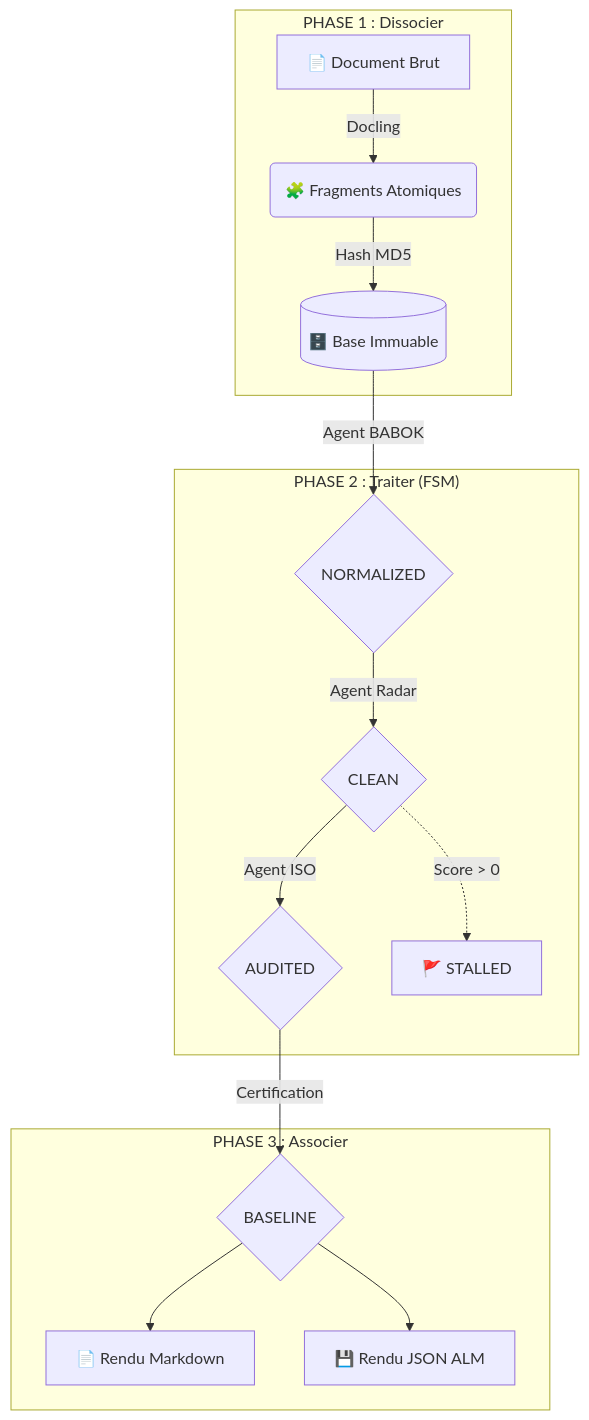
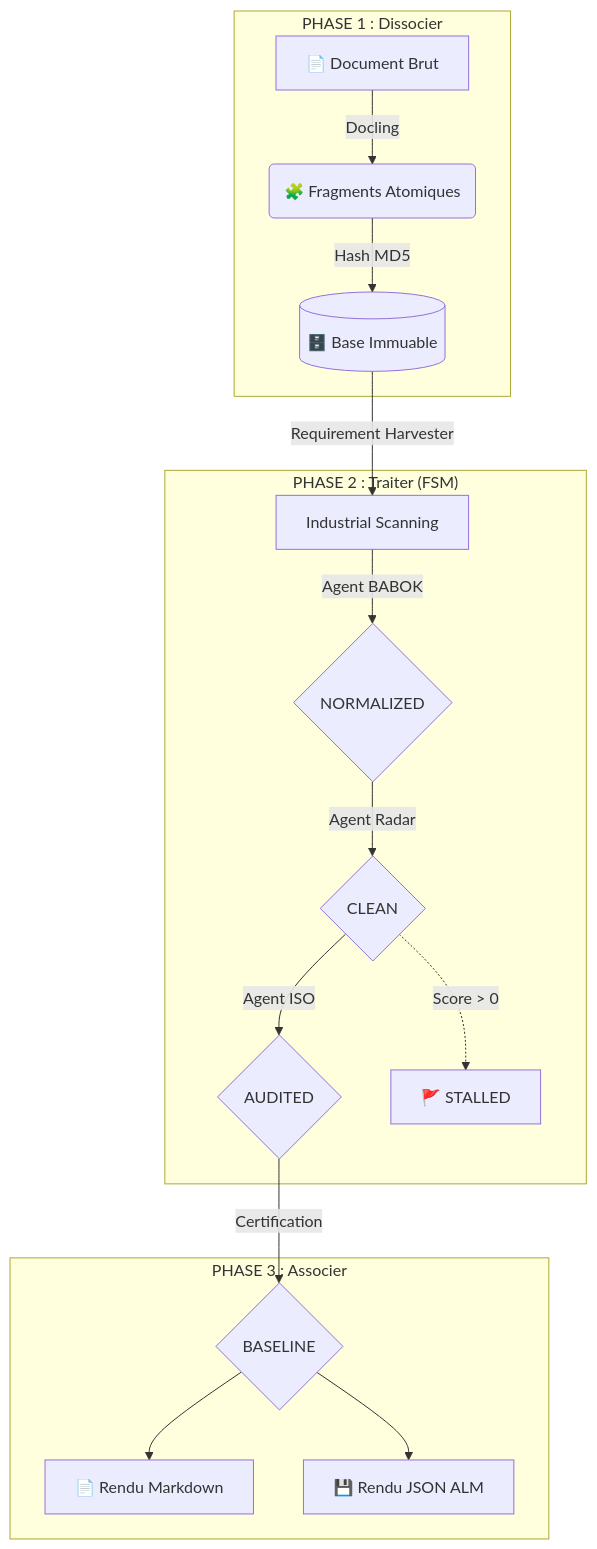
Before and after one commit to RodMan121/rfp-analyse-ia: the diagram in ARCHITECTURE.md, drawn with Mermaid. The commit also changed other lines of this file and 5 other files, not shown here.

````diff
--- a/ARCHITECTURE.md
+++ b/ARCHITECTURE.md
@@ -9,20 +9,21 @@
 ```mermaid
 graph TD
     subgraph "PHASE 1 : Dissocier"
         A[📄 Document Brut] -->|Docling| B(🧩 Fragments Atomiques)
         B -->|Hash MD5| C[(🗄️ Base Immuable)]
     end
     
     subgraph "PHASE 2 : Traiter (FSM)"
-        C -->|Agent BABOK| D{NORMALIZED}
-        D -->|Agent Radar| E{CLEAN}
-        E -->|Agent ISO| F{AUDITED}
-        E -.->|Score > 0| G[🚩 STALLED]
+        C -->|Requirement Harvester| D[Industrial Scanning]
+        D -->|Agent BABOK| E{NORMALIZED}
+        E -->|Agent Radar| F{CLEAN}
+        F -->|Agent ISO| G{AUDITED}
+        F -.->|Score > 0| H[🚩 STALLED]
     end
     
     subgraph "PHASE 3 : Associer"
-        F -->|Certification| H{BASELINE}
-        H --> I[📄 Rendu Markdown]
-        H --> J[💾 Rendu JSON ALM]
+        G -->|Certification| I{BASELINE}
+        I --> J[📄 Rendu Markdown]
+        I --> K[💾 Rendu JSON ALM]
     end
 ```
````
